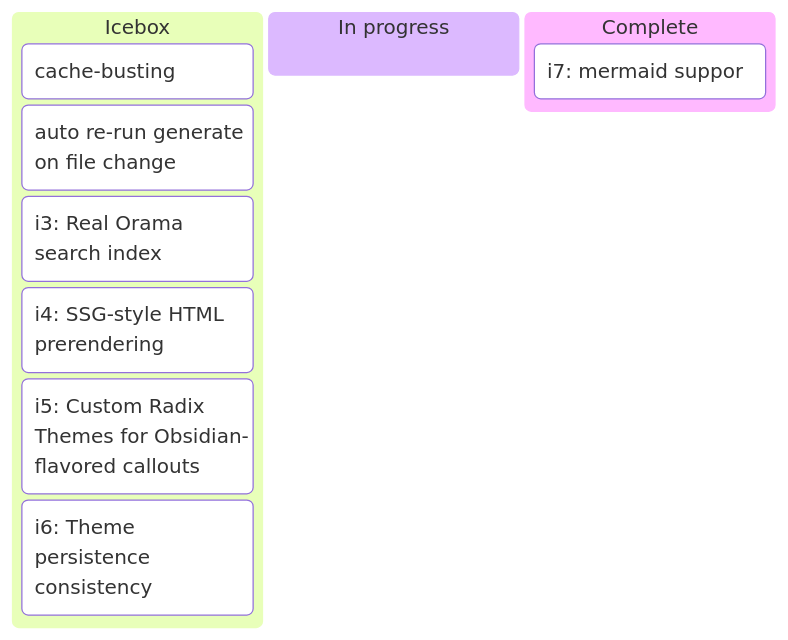
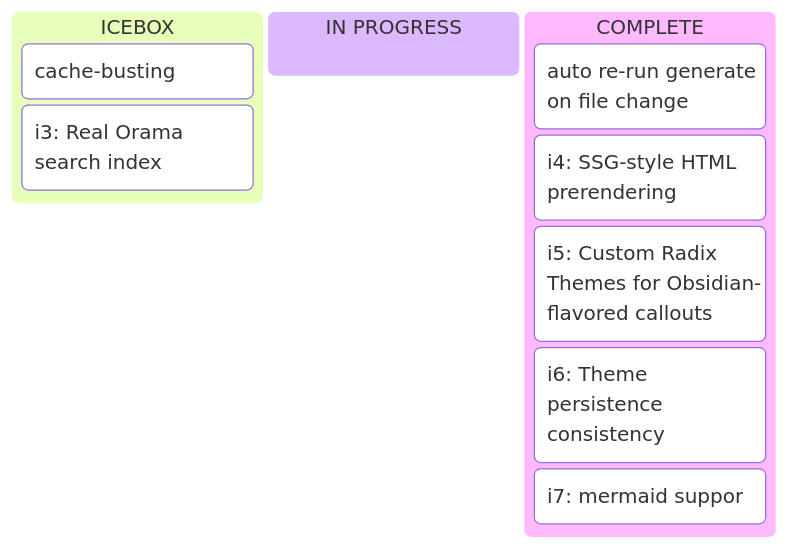
The diagram in vault/notes/site management/kanban.md (nicholaswagner/beta), drawn with Mermaid before and after one commit. The commit also changed 9 other files, not shown here.

````diff
--- a/vault/notes/site management/kanban.md
+++ b/vault/notes/site management/kanban.md
@@ -7,13 +7,13 @@
 ```mermaid
 kanban
-  Icebox
+  ICEBOX
     i1: Hashed asset URLs (cache-busting)
+    i3: Real Orama search index
+  IN PROGRESS
+  COMPLETE
     i2: Vault watcher (auto re-run generate on file change)
-    i3: Real Orama search index
     i4: SSG-style HTML prerendering
     i5: Custom Radix Themes for Obsidian-flavored callouts
     i6: Theme persistence consistency
-  In progress
-  Complete
     i7: mermaid suppor
 ```
````
